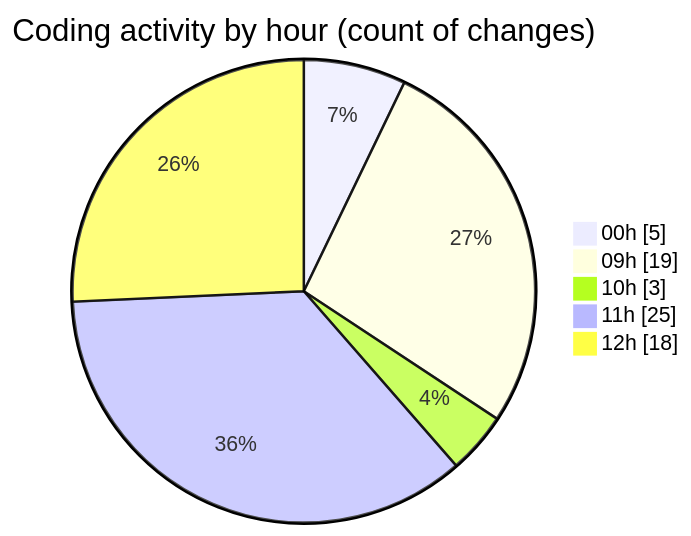
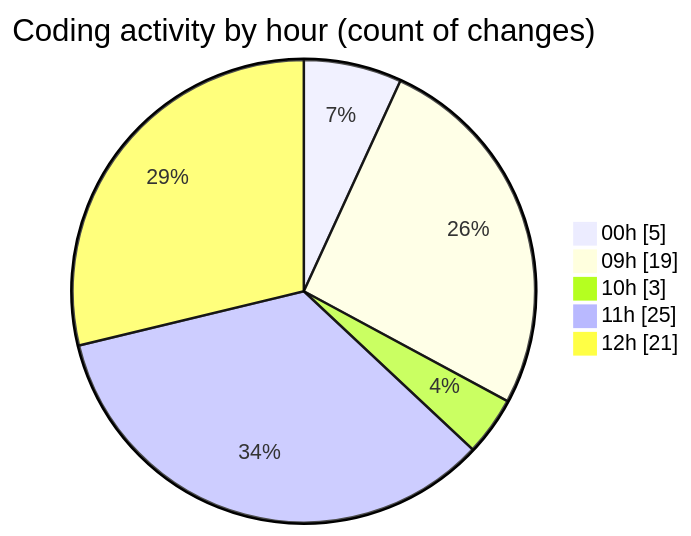
Before and after one commit to julien-gomy/code-tracking: the second of 2 diagrams in 2025-11-19/eventscop-frontend-guide__workspace_/README.md, drawn with Mermaid. The commit also changed other lines of this file and 1 other file, not shown here.

````diff
--- a/2025-11-19/eventscop-frontend-guide__workspace_/README.md
+++ b/2025-11-19/eventscop-frontend-guide__workspace_/README.md
@@ -51,9 +51,9 @@
 ```mermaid
 pie showData
 title Coding activity by hour (count of changes)
 "00h" : 5
 "09h" : 19
 "10h" : 3
 "11h" : 25
-"12h" : 18
+"12h" : 21
 ```
````
